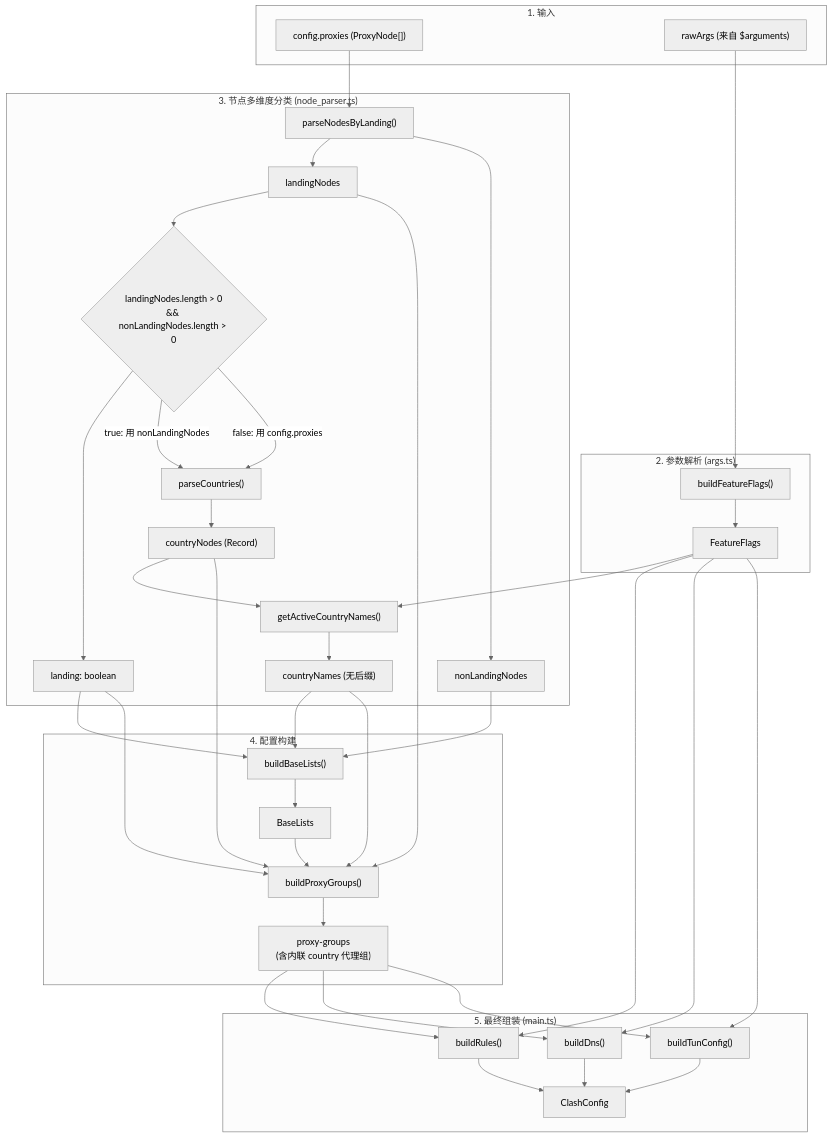
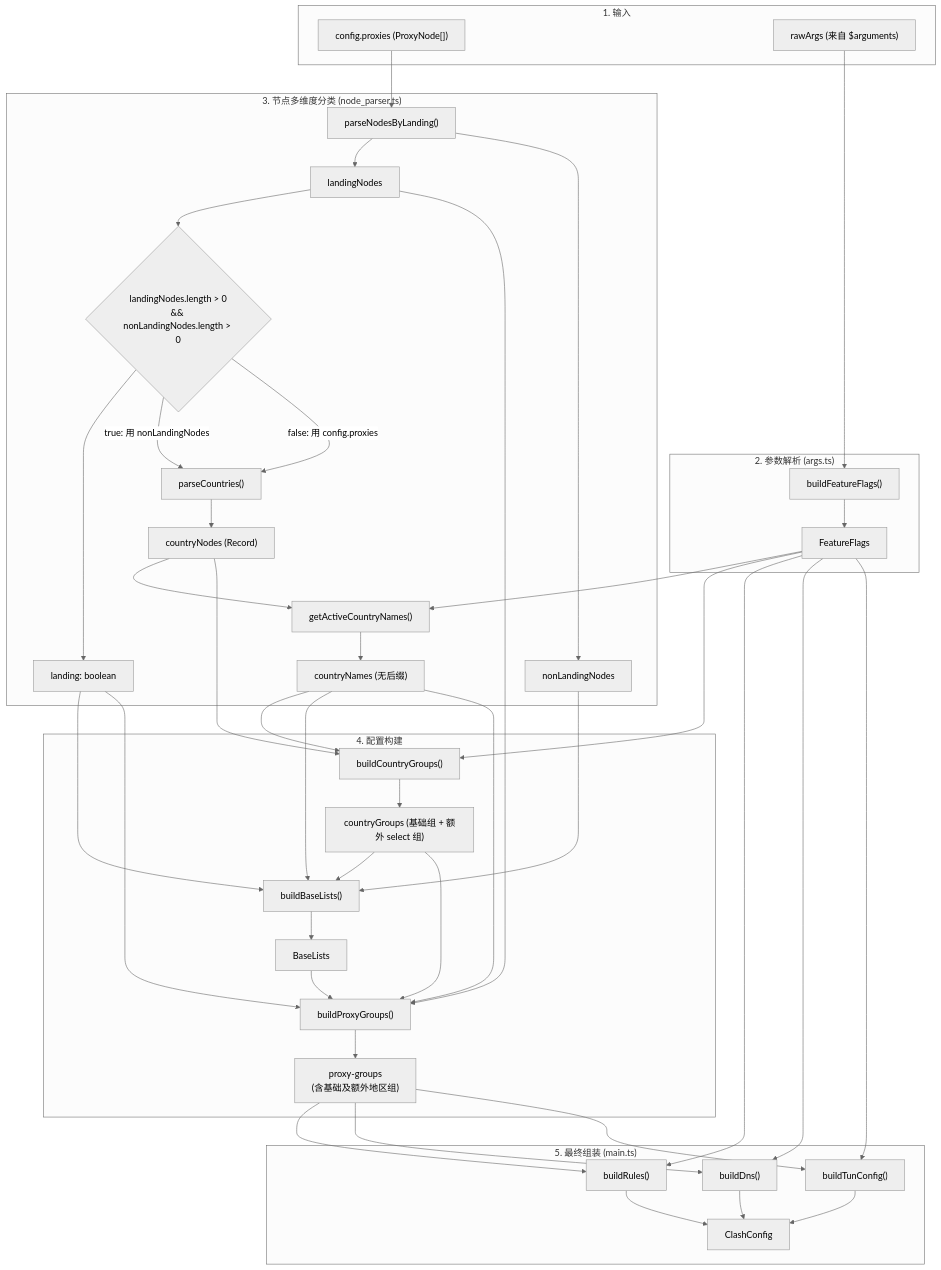
One commit to Lumintian/override-rules changed the diagram in docs/ARCHITECTURE.md. Above: the diagram before and after it, drawn with Mermaid (neutral theme). The commit also changed other lines of this file and 9 other files, not shown here.

First line of the commit message:
feat(proxy-groups): add configurable regional select groups

````diff
--- a/docs/ARCHITECTURE.md
+++ b/docs/ARCHITECTURE.md
@@ -11,51 +11,56 @@
 ```mermaid
 flowchart TD
     subgraph Input["1. 输入"]
         CP["config.proxies (ProxyNode[])"]
         RA["rawArgs (来自 $arguments)"]
     end
 
     subgraph Args["2. 参数解析 (args.ts)"]
         RA --> BFF["buildFeatureFlags()"]
         BFF --> FF["FeatureFlags"]
     end
 
     subgraph Parser["3. 节点多维度分类 (node_parser.ts)"]
         CP --> PNL["parseNodesByLanding()"]
         PNL --> LN["landingNodes"]
         PNL --> NLN["nonLandingNodes"]
         LN --> LCHK{"landingNodes.length > 0<br/>&& nonLandingNodes.length > 0"}
         LCHK --> LAND["landing: boolean"]
         LCHK -->|"true: 用 nonLandingNodes"| PC["parseCountries()"]
         LCHK -->|"false: 用 config.proxies"| PC
         PC --> CN["countryNodes (Record)"]
         CN --> GACN["getActiveCountryNames()"]
         GACN --> ACN["countryNames (无后缀)"]
         FF --> GACN
     end
 
     subgraph Builders["4. 配置构建"]
-        ACN --> BBL["buildBaseLists()"]
+        ACN --> BCG["buildCountryGroups()"]
+        CN --> BCG
+        FF --> BCG
+        BCG --> CG["countryGroups (基础组 + 额外 select 组)"]
+        CG --> BBL["buildBaseLists()"]
+        ACN --> BBL
         LAND --> BBL
         NLN --> BBL
         BBL --> BL["BaseLists"]
         BL --> BPG["buildProxyGroups()"]
         ACN --> BPG
-        CN --> BPG
+        CG --> BPG
         LAND --> BPG
         LN --> BPG
-        BPG --> PG["proxy-groups<br/>(含内联 country 代理组)"]
+        BPG --> PG["proxy-groups<br/>(含基础及额外地区组)"]
     end
 
     subgraph Output["5. 最终组装 (main.ts)"]
         PG --> RULES["buildRules()"]
         PG --> DNS["buildDns()"]
         PG --> TUN["buildTunConfig()"]
         FF --> RULES
         FF --> DNS
         FF --> TUN
         RULES --> FINAL["ClashConfig"]
         DNS --> FINAL
         TUN --> FINAL
     end
 ```
````
